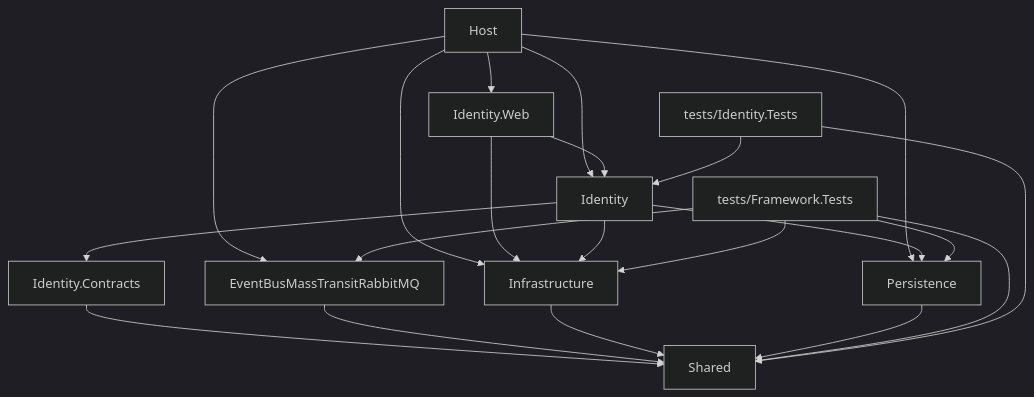
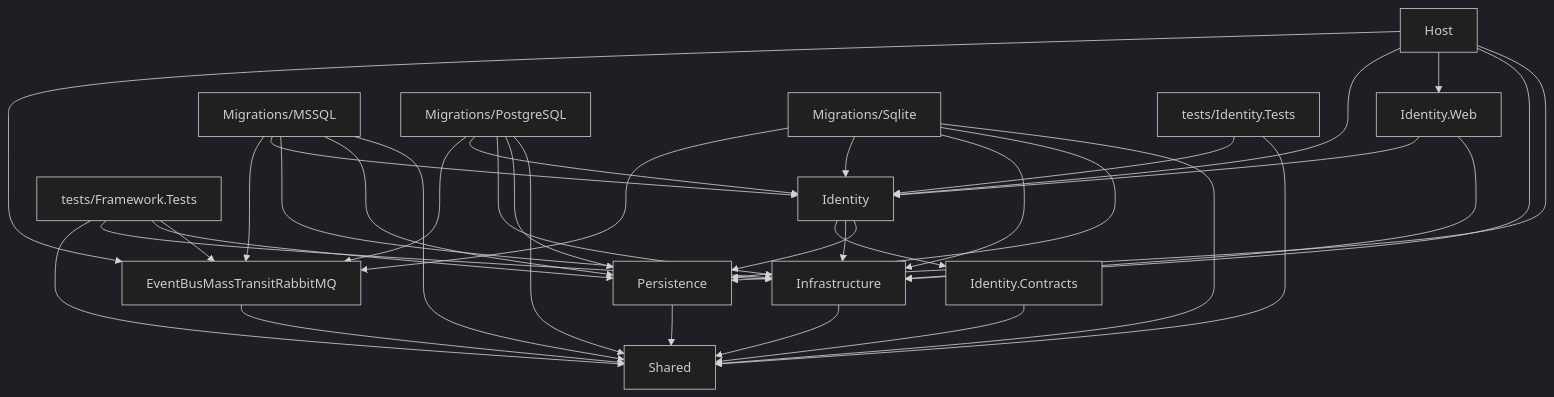
The diagram in docs/architecture/dependency-graph.md (lightdotnet/ModularMonolith), drawn with Mermaid (dark theme) before and after one commit. The commit also changed other lines of this file and 7 other files, not shown here.

First line of the commit message:
docs(conventions): add convention docs from main and sync architecture docs with migrations

````diff
--- a/docs/architecture/dependency-graph.md
+++ b/docs/architecture/dependency-graph.md
@@ -7,34 +7,42 @@
 ```mermaid
 graph TD
     Host["Host"]
     IdW["Identity.Web"]
     Id["Identity"]
     IdC["Identity.Contracts"]
     Bus["EventBusMassTransitRabbitMQ"]
     Infra["Infrastructure"]
     Pers["Persistence"]
     Shared["Shared"]
+    MigMs["Migrations/MSSQL"]
+    MigPg["Migrations/PostgreSQL"]
+    MigSl["Migrations/Sqlite"]
     FT["tests/Framework.Tests"]
     IT["tests/Identity.Tests"]
 
     Host --> Bus
     Host --> Id
     Host --> IdW
     Host --> Infra
     Host --> Pers
     IdW --> Id
     IdW --> Infra
     Id --> IdC
     Id --> Infra
     Id --> Pers
     IdC --> Shared
     Bus --> Shared
     Infra --> Shared
     Pers --> Shared
+    MigMs & MigPg & MigSl --> Bus
+    MigMs & MigPg & MigSl --> Id
+    MigMs & MigPg & MigSl --> Infra
+    MigMs & MigPg & MigSl --> Pers
+    MigMs & MigPg & MigSl --> Shared
     FT --> Shared
     FT --> Infra
     FT --> Pers
     FT --> Bus
     IT --> Id
     IT --> Shared
 ```
````
